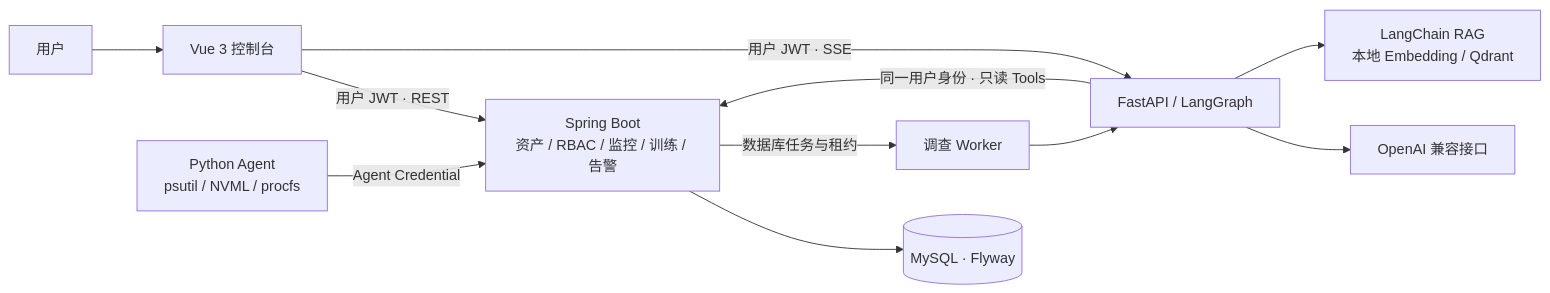
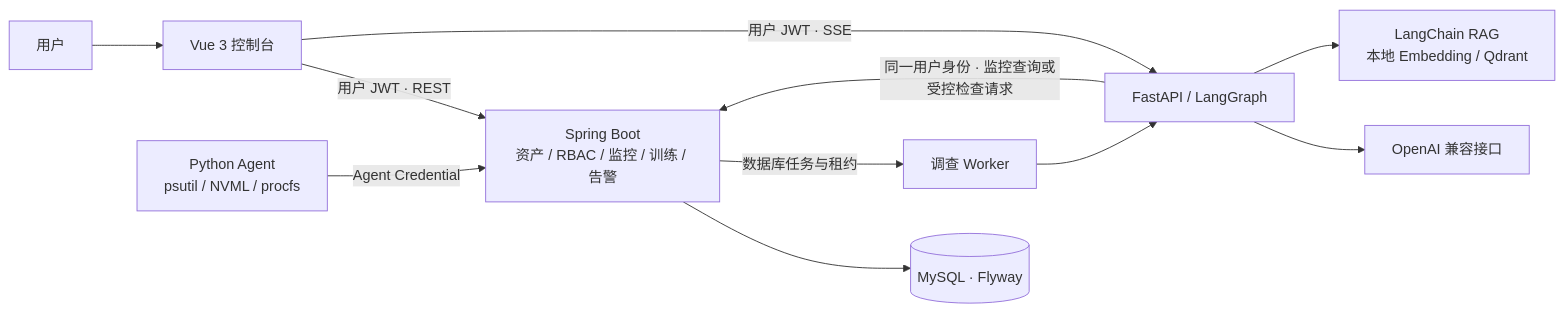
The diagram in README.md (Zhanghaorenen/aiops), drawn with Mermaid before and after one commit. The commit also changed other lines of this file and 83 other files, not shown here.

````diff
--- a/README.md
+++ b/README.md
@@ -38,13 +39,13 @@
 ```mermaid
 flowchart LR
     User[用户] --> Web[Vue 3 控制台]
     Agent[Python Agent<br/>psutil / NVML / procfs] -->|Agent Credential| API[Spring Boot<br/>资产 / RBAC / 监控 / 训练 / 告警]
     Web -->|用户 JWT · REST| API
     API --> DB[(MySQL · Flyway)]
     Web -->|用户 JWT · SSE| AI[FastAPI / LangGraph]
-    AI -->|同一用户身份 · 只读 Tools| API
+    AI -->|同一用户身份 · 监控查询或受控检查请求| API
     AI --> LLM[OpenAI 兼容接口]
     AI --> RAG[LangChain RAG<br/>本地 Embedding / Qdrant]
     API -->|数据库任务与租约| Worker[调查 Worker]
     Worker --> AI
 ```
````
